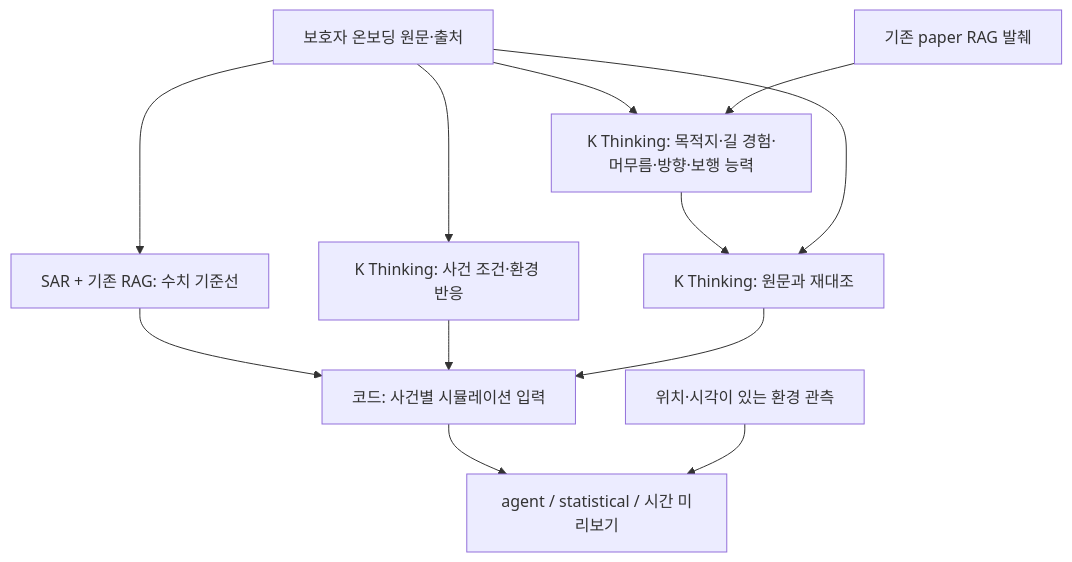
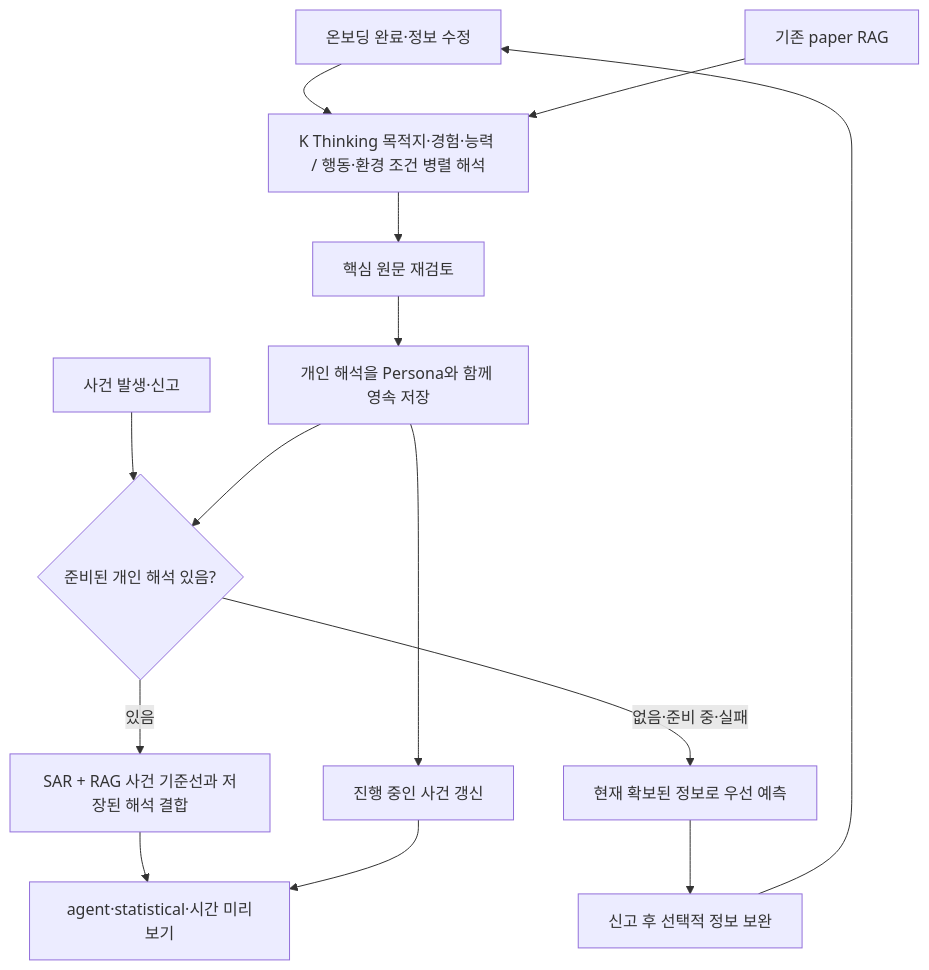
The diagram in backend/experiments/kexaone_person_pipeline_20260925/README.md (Donghaeng-AI-ROOKIE/Come-back-home), drawn with Mermaid before and after one commit. The commit also changed other lines of this file and 92 other files, not shown here.

````diff
--- a/backend/experiments/kexaone_person_pipeline_20260925/README.md
+++ b/backend/experiments/kexaone_person_pipeline_20260925/README.md
@@ -11,14 +11,16 @@
 ```mermaid
 flowchart TD
-    A[보호자 온보딩 원문·출처] --> B[SAR + 기존 RAG: 수치 기준선]
-    A --> C[K Thinking: 목적지·길 경험·머무름·방향·보행 능력]
-    A --> D[K Thinking: 사건 조건·환경 반응]
-    R[기존 paper RAG 발췌] --> C
-    C --> E[K Thinking: 원문과 재대조]
-    A --> E
-    B --> F[코드: 사건별 시뮬레이션 입력]
+    A[온보딩 완료·정보 수정] --> B[K Thinking 목적지·경험·능력 / 행동·환경 조건 병렬 해석]
+    R[기존 paper RAG] --> B
+    B --> C[핵심 원문 재검토]
+    C --> D[개인 해석을 Persona와 함께 영속 저장]
+    E[사건 발생·신고] --> F{준비된 개인 해석 있음?}
     D --> F
-    E --> F
-    F --> G[agent / statistical / 시간 미리보기]
-    H[위치·시각이 있는 환경 관측] --> G
+    F -->|있음| G[SAR + RAG 사건 기준선과 저장된 해석 결합]
+    F -->|없음·준비 중·실패| H[현재 확보된 정보로 우선 예측]
+    H --> I[신고 후 선택적 정보 보완]
+    I --> A
+    D --> J[진행 중인 사건 갱신]
+    G --> K[agent·statistical·시간 미리보기]
+    J --> K
 ```
````
